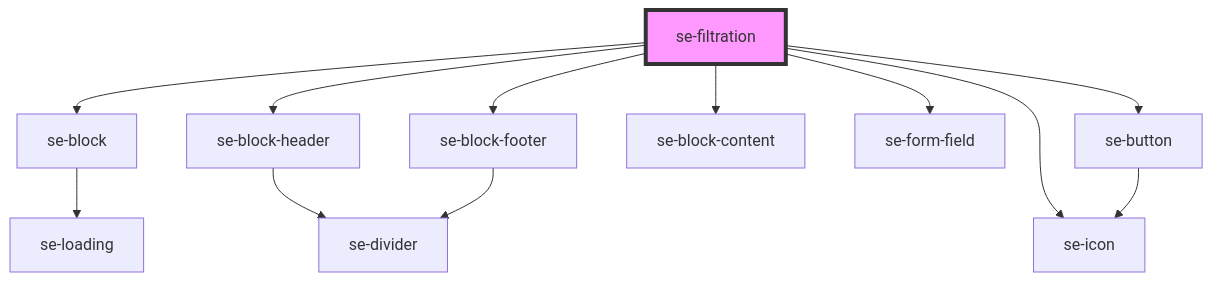
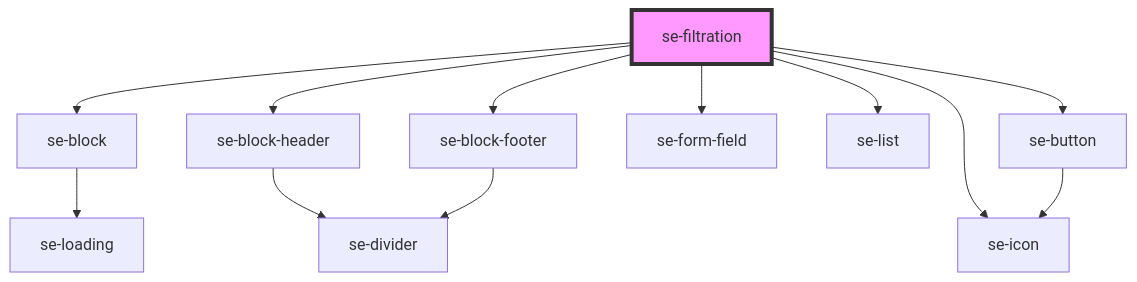
Before and after one commit to robbiemcmullense/se-web-ui: the diagram in libs/core/src/components/filtration/readme.md, drawn with Mermaid. The commit also changed other lines of this file and 6 other files, not shown here.

````diff
--- a/libs/core/src/components/filtration/readme.md
+++ b/libs/core/src/components/filtration/readme.md
@@ -36,15 +36,15 @@
 ```mermaid
 graph TD;
   se-filtration --> se-block
   se-filtration --> se-block-header
   se-filtration --> se-button
-  se-filtration --> se-block-content
   se-filtration --> se-form-field
   se-filtration --> se-icon
+  se-filtration --> se-list
   se-filtration --> se-block-footer
   se-block --> se-loading
   se-block-header --> se-divider
   se-button --> se-icon
   se-block-footer --> se-divider
   style se-filtration fill:#f9f,stroke:#333,stroke-width:4px
 ```
````
